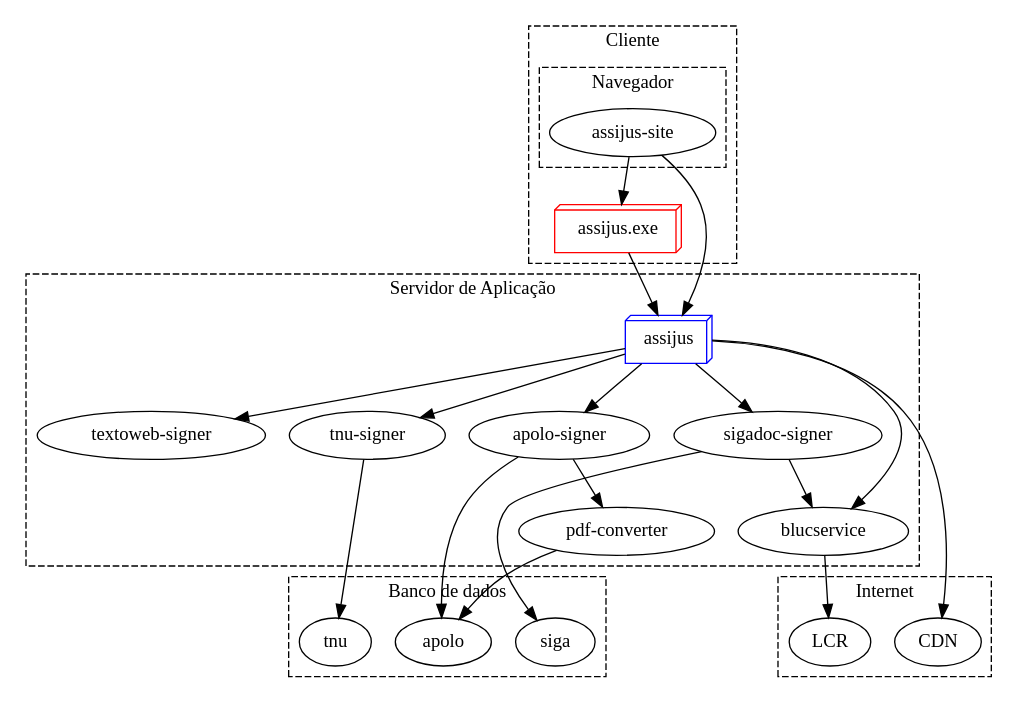
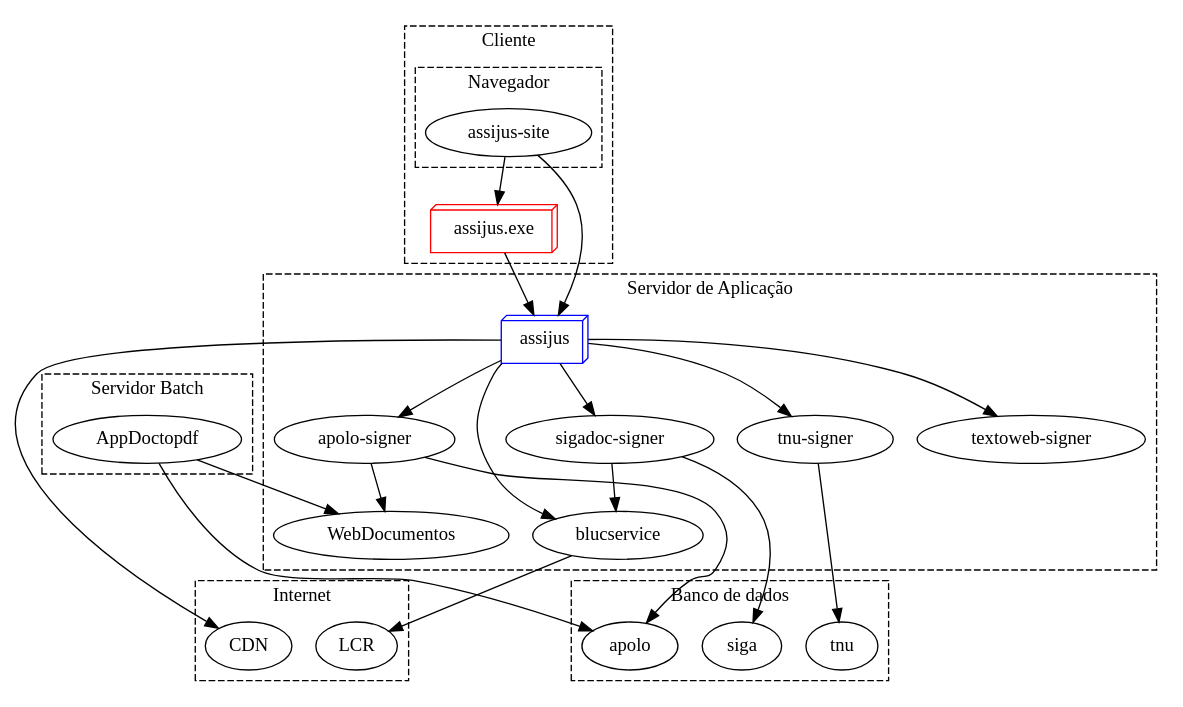
Before and after one commit to assijus/assijus: the diagram in doc/arch.gv, drawn with Graphviz.

Commit message:
Desmembra pdf-converter em dois serviços

```diff
--- a/doc/arch.gv
+++ b/doc/arch.gv
@@ -1,70 +1,76 @@
 //Este arquivo é um .DOT utilizado com graph viz (http://www.webgraphviz.com/)
 digraph assijus {
   "assijus" -> "blucservice"
   "assijus" -> "apolo-signer" 
   "assijus" -> "sigadoc-signer"
   "assijus" -> "textoweb-signer"
   "assijus" -> "tnu-signer"
   "assijus" -> "CDN"
 
   "assijus-site" -> assijus
 
   "assijus-site" -> "assijus.exe"
   "assijus.exe" -> "assijus"
 
-  "apolo-signer" -> "pdf-converter"
+  "apolo-signer" -> "WebDocumentos"
   "apolo-signer" -> "apolo"
 
   "sigadoc-signer" -> "blucservice"
   "sigadoc-signer" -> "siga"
 
-  "pdf-converter" -> "apolo"
+  "WebDocumentos" -> "apolo" [style=invis]
 
   "tnu-signer" -> "tnu"
   "blucservice" -> "LCR"
 
   subgraph cluster_cliente{
      label = "Cliente"
      style = "dashed";
      "assijus.exe"[shape=box3d, color=red]
 
      subgraph cluster_navegador{
         label = "Navegador"
         "assijus-site"
 
      }
 
   }
  
 
   subgraph cluster_servidor{
      style = "dashed";
      label = "Servidor de Aplicação"
      "assijus"[shape=box3d, color=blue]
      "blucservice"
      "apolo-signer"
      "sigadoc-signer"
      "textoweb-signer"  
      "tnu-signer"    
-     "pdf-converter"
+     "WebDocumentos"
   }
 
   subgraph cluster_bd{
      style = "dashed";
      rank="same"
      label = "Banco de dados"
      "apolo"
      "siga"
      "tnu"
   }
 
   subgraph cluster_internet{
      style = "dashed";
      label = "Internet"
      "LCR"
      "CDN"
   }
 
-
-  
+  subgraph cluster_batch{
+     style = "dashed";
+     label = "Servidor Batch"
+     "AppDoctopdf"
+     
+  }
+"AppDoctopdf" -> "WebDocumentos"
+"AppDoctopdf" -> "apolo"  
 }
```
